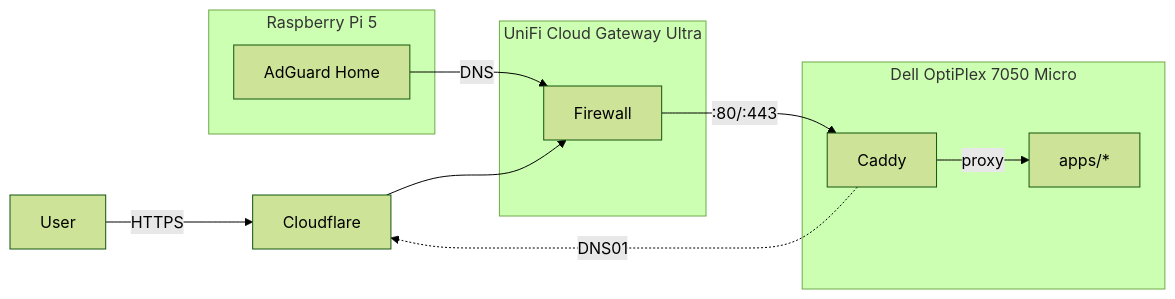
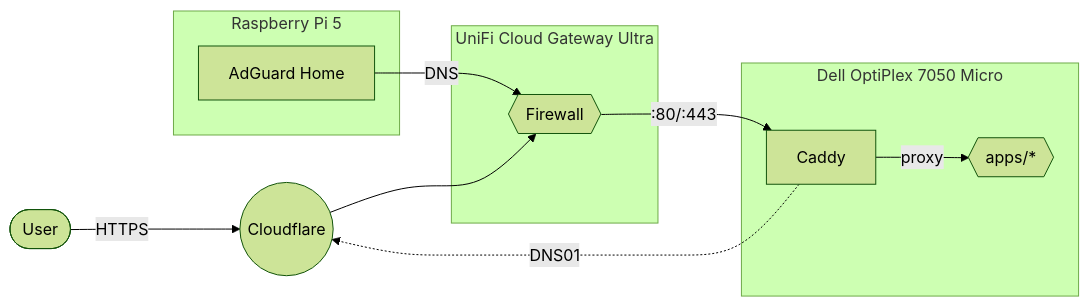
The second of 2 diagrams in README.md (wajeht/home-ops), drawn with Mermaid (forest theme) before and after one commit. The commit also changed other lines of this file, not shown here.

Commit message:
docs: update architecture diagrams to use new syntax

````diff
--- a/README.md
+++ b/README.md
@@ -40,22 +40,22 @@
 ```mermaid
 flowchart LR
-    user[User] -->|HTTPS| cf[Cloudflare]
+    user([User]) -->|HTTPS| cf((Cloudflare))
 
     subgraph pi[Raspberry Pi 5]
         adguard[AdGuard Home]
     end
 
     subgraph ucg[UniFi Cloud Gateway Ultra]
-        unifi[Firewall]
+        unifi{{Firewall}}
     end
 
     adguard -->|DNS| unifi
     cf --> unifi
     unifi -->|:80/:443| caddy
 
     subgraph dell[Dell OptiPlex 7050 Micro]
-        caddy[Caddy] -->|proxy| apps[apps/*]
+        caddy[Caddy] -->|proxy| apps{{apps/*}}
     end
 
     caddy -.->|DNS01| cf
 ```
````
